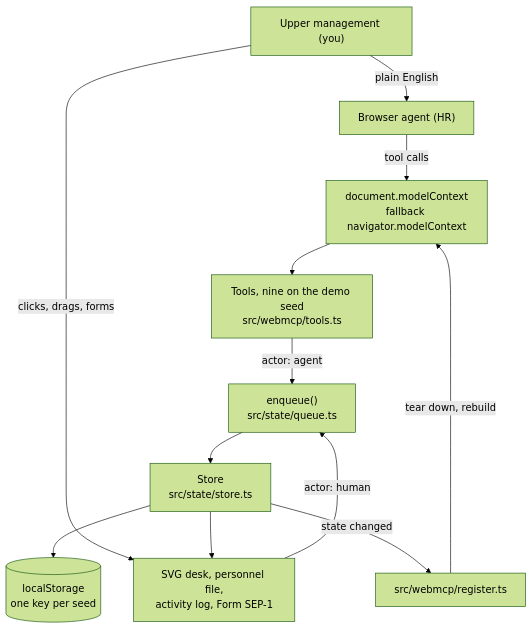
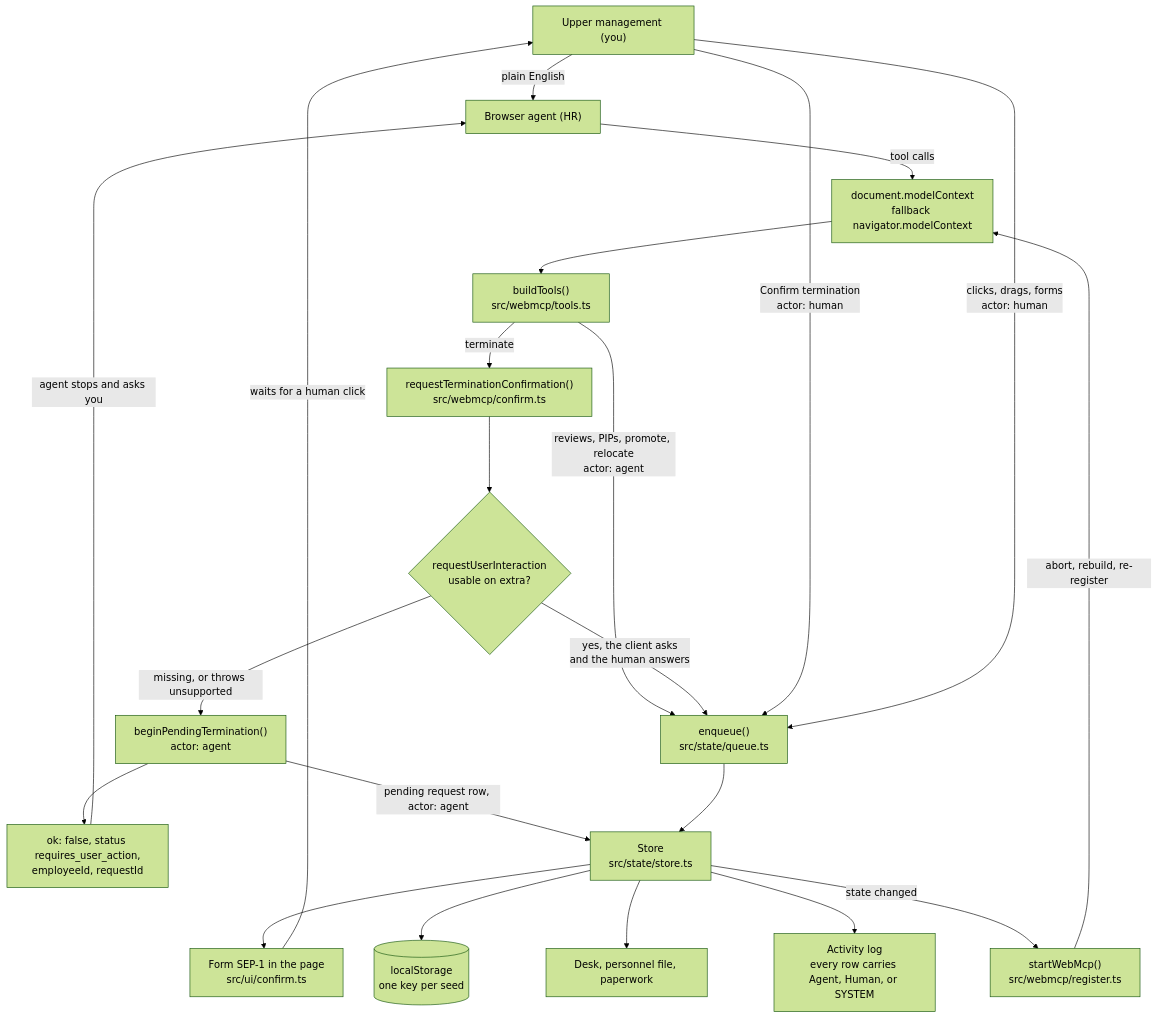
One commit to robbyczgw-cla/pip-the-mug changed the diagram in README.md. Above: the diagram before and after it, drawn with Mermaid (forest theme). The commit also changed other lines of this file and 13 other files, not shown here.

````diff
--- a/README.md
+++ b/README.md
@@ -13,24 +72,40 @@
 ```mermaid
 flowchart TD
   UM["Upper management (you)"]
   HR["Browser agent (HR)"]
   MC["document.modelContext<br/>fallback navigator.modelContext"]
-  T["Tools, nine on the demo seed<br/>src/webmcp/tools.ts"]
+  T["buildTools()<br/>src/webmcp/tools.ts"]
+  CF["requestTerminationConfirmation()<br/>src/webmcp/confirm.ts"]
+  RUI{"requestUserInteraction<br/>usable on extra?"}
+  PEND["beginPendingTermination()<br/>actor: agent"]
+  SEP["Form SEP-1 in the page<br/>src/ui/confirm.ts"]
+  RUA["ok: false, status requires_user_action,<br/>employeeId, requestId"]
   Q["enqueue()<br/>src/state/queue.ts"]
   S["Store<br/>src/state/store.ts"]
   LS[("localStorage<br/>one key per seed")]
-  UI["SVG desk, personnel file,<br/>activity log, Form SEP-1"]
-  REG["src/webmcp/register.ts"]
+  LOG["Activity log<br/>every row carries Agent, Human, or SYSTEM"]
+  UI["Desk, personnel file, paperwork"]
+  REG["startWebMcp()<br/>src/webmcp/register.ts"]
 
   UM -->|plain English| HR
   HR -->|tool calls| MC
   MC --> T
-  T -->|actor: agent| Q
-  UM -->|clicks, drags, forms| UI
-  UI -->|actor: human| Q
+  T -->|reviews, PIPs, promote, relocate<br/>actor: agent| Q
+  T -->|terminate| CF
+  CF --> RUI
+  RUI -->|yes, the client asks<br/>and the human answers| Q
+  RUI -->|missing, or throws unsupported| PEND
+  PEND -->|pending request row, actor: agent| S
+  PEND --> RUA
+  RUA -->|agent stops and asks you| HR
+  S --> SEP
+  SEP -->|waits for a human click| UM
+  UM -->|Confirm termination<br/>actor: human| Q
+  UM -->|clicks, drags, forms<br/>actor: human| Q
   Q --> S
   S --> LS
   S --> UI
+  S --> LOG
   S -->|state changed| REG
-  REG -->|tear down, rebuild| MC
+  REG -->|abort, rebuild, re-register| MC
 ```
````
